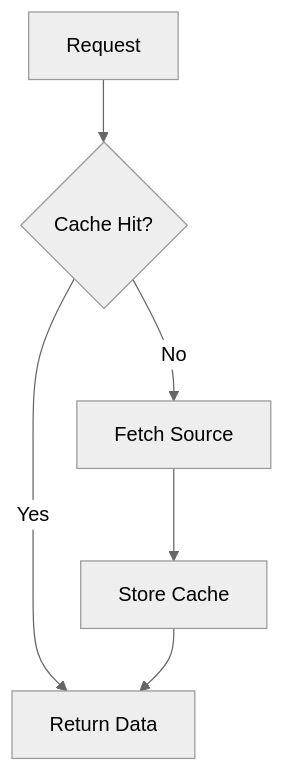
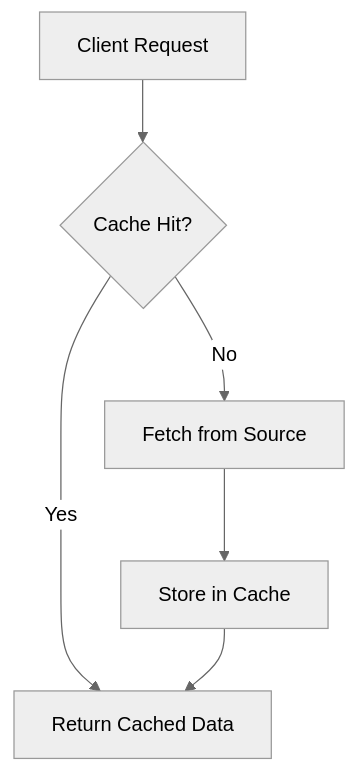
The diagram in caching/README.md (VrushankPatel/interview-matters), drawn with Mermaid (neutral theme) before and after one commit. The commit also changed other lines of this file and 5 other files, not shown here.

````diff
--- a/caching/README.md
+++ b/caching/README.md
@@ -50,8 +43,8 @@
 ```mermaid
 graph TD
-    A[Request] --> B{Cache Hit?}
-    B -->|Yes| C[Return Data]
-    B -->|No| D[Fetch Source]
-    D --> E[Store Cache]
+    A[Client Request] --> B{Cache Hit?}
+    B -->|Yes| C[Return Cached Data]
+    B -->|No| D[Fetch from Source]
+    D --> E[Store in Cache]
     E --> C
 ```
````
